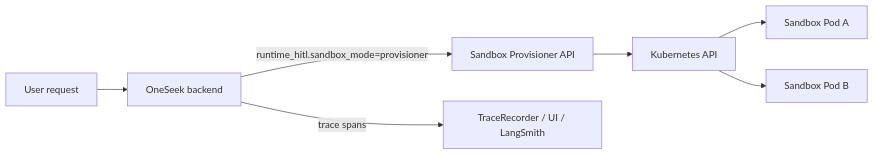
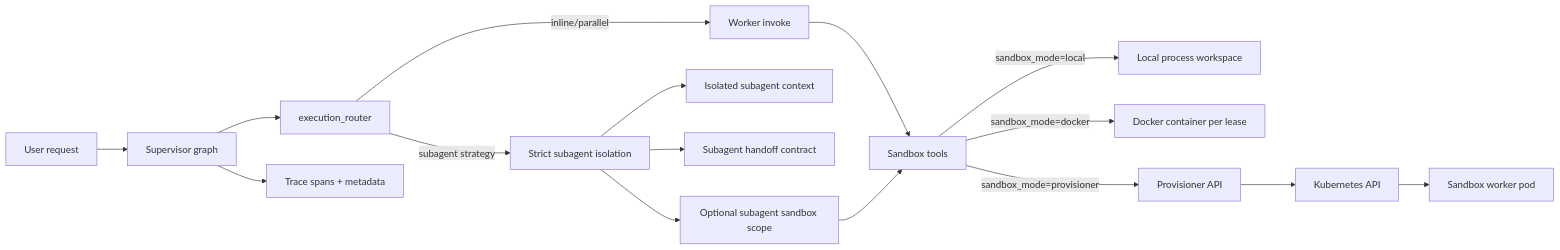
One commit to robinandreeklund-collab/oneseekv1 changed the diagram in docs/sandbox-kubernetes-provisioner-guide.md. Above: the diagram before and after it, drawn with Mermaid. The commit also changed other lines of this file and 2 other files, not shown here.

Commit message:
phase C: wire subagent runtime metadata and publish full sandbox install guide

````diff
--- a/docs/sandbox-kubernetes-provisioner-guide.md
+++ b/docs/sandbox-kubernetes-provisioner-guide.md
@@ -18,9 +26,23 @@
 ```mermaid
 flowchart LR
-    U[User request] --> B[OneSeek backend]
-    B -->|runtime_hitl.sandbox_mode=provisioner| P[Sandbox Provisioner API]
+    U[User request] --> S[Supervisor graph]
+    S --> ER[execution_router]
+    ER -->|inline/parallel| W1[Worker invoke]
+    ER -->|subagent strategy| SA[Strict subagent isolation]
+
+    SA --> C1[Isolated subagent context]
+    SA --> C2[Subagent handoff contract]
+    SA --> C3[Optional subagent sandbox scope]
+
+    W1 --> T[Sandbox tools]
+    C3 --> T
+
+    T -->|sandbox_mode=local| L[Local process workspace]
+    T -->|sandbox_mode=docker| D[Docker container per lease]
+    T -->|sandbox_mode=provisioner| P[Provisioner API]
+
     P --> K[Kubernetes API]
-    K --> POD1[Sandbox Pod A]
-    K --> POD2[Sandbox Pod B]
-    B -->|trace spans| T[TraceRecorder / UI / LangSmith]
+    K --> POD[Sandbox worker pod]
+
+    S --> TR[Trace spans + metadata]
 ```
````
